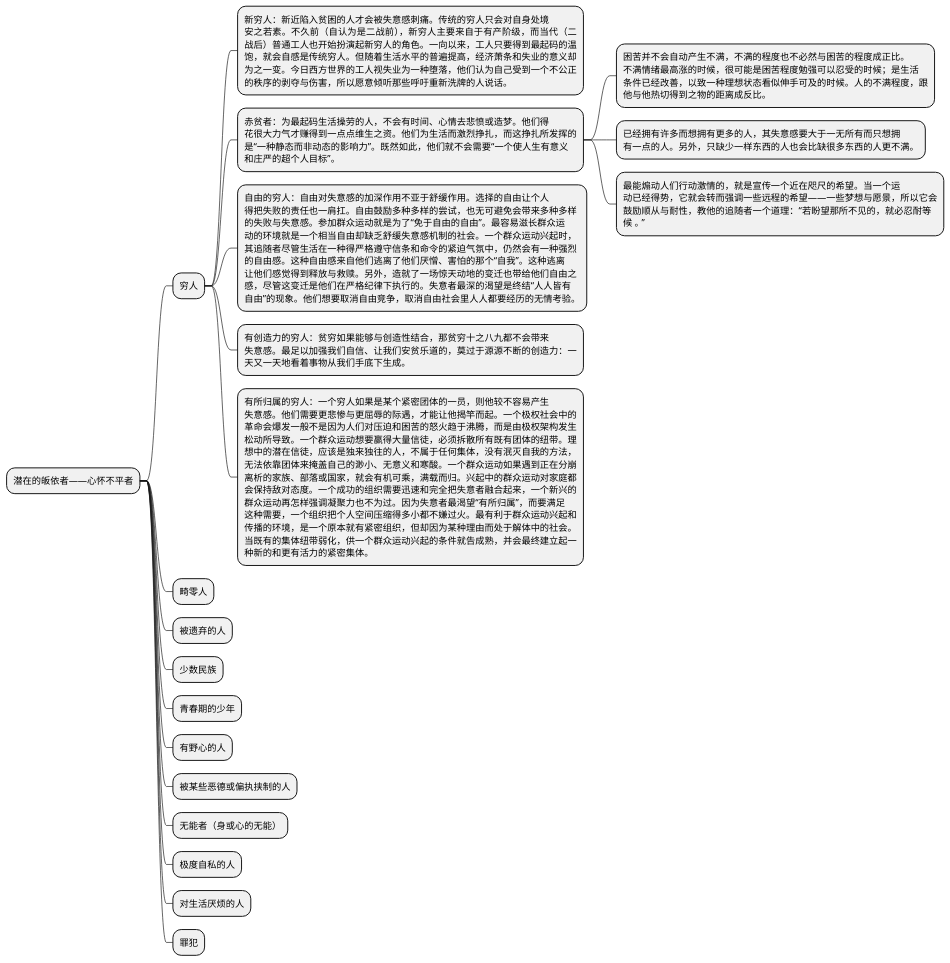
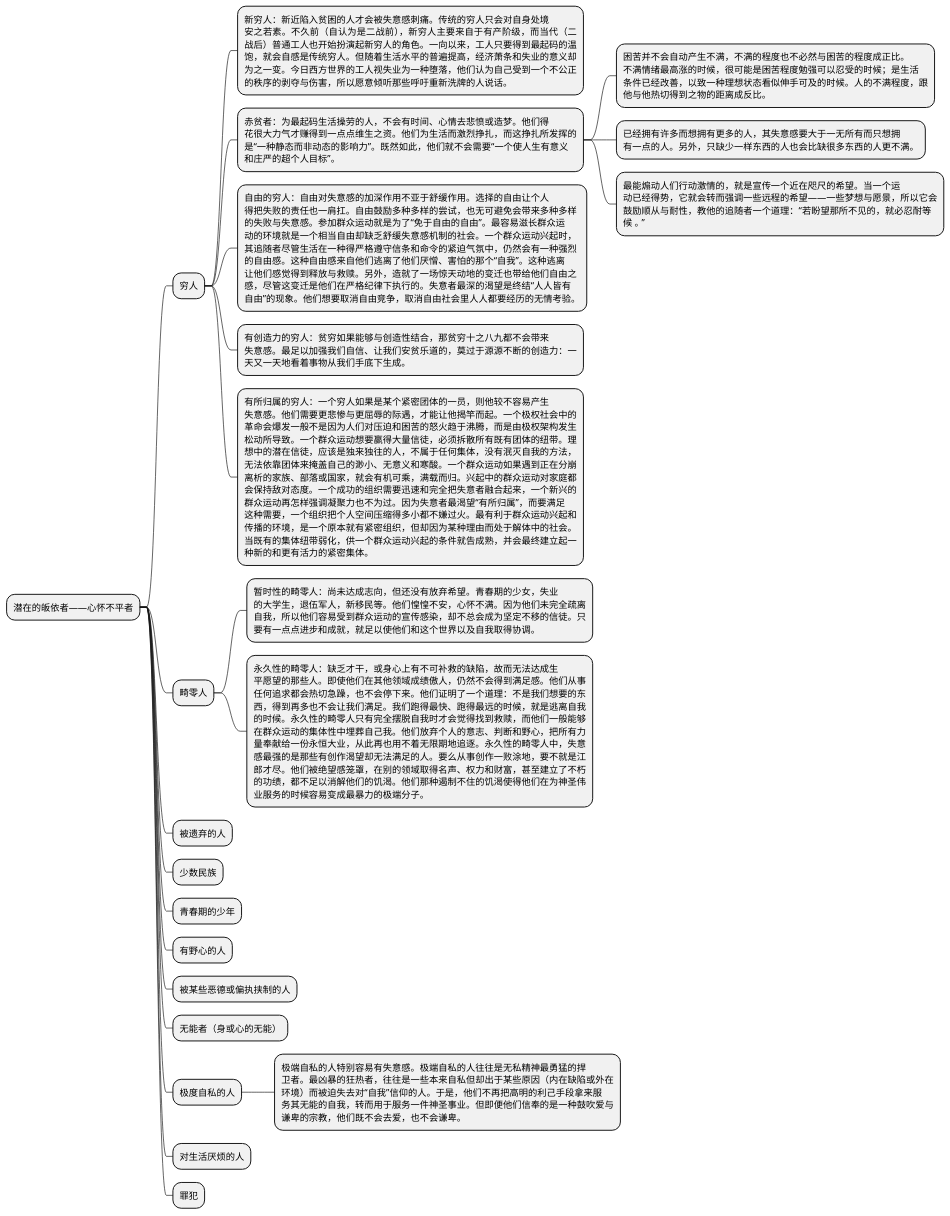
One commit to SamaelChen/reading_notebook changed the second of 2 diagrams in 社会心理/狂热分子.md. Above: the diagram before and after it, drawn with PlantUML.

````diff
--- a/社会心理/狂热分子.md
+++ b/社会心理/狂热分子.md
@@ -51,24 +51,27 @@
 ```puml
 @startmindmap
 * 潜在的皈依者——心怀不平者
 	** 穷人
 		*** 新穷人：新近陷入贫困的人才会被失意感刺痛。传统的穷人只会对自身处境\n安之若素。不久前（自认为是二战前），新穷人主要来自于有产阶级，而当代（二\n战后）普通工人也开始扮演起新穷人的角色。一向以来，工人只要得到最起码的温\n饱，就会自感是传统穷人。但随着生活水平的普遍提高，经济萧条和失业的意义却\n为之一变。今日西方世界的工人视失业为一种堕落，他们认为自己受到一个不公正\n的秩序的剥夺与伤害，所以愿意倾听那些呼吁重新洗牌的人说话。
 		*** 赤贫者：为最起码生活操劳的人，不会有时间、心情去悲愤或造梦。他们得\n花很大力气才赚得到一点点维生之资。他们为生活而激烈挣扎，而这挣扎所发挥的\n是“一种静态而非动态的影响力”。既然如此，他们就不会需要“一个使人生有意义\n和庄严的超个人目标”。
 			**** 困苦并不会自动产生不满，不满的程度也不必然与困苦的程度成正比。\n不满情绪最高涨的时候，很可能是困苦程度勉强可以忍受的时候；是生活\n条件已经改善，以致一种理想状态看似伸手可及的时候。人的不满程度，跟\n他与他热切得到之物的距离成反比。
 			**** 已经拥有许多而想拥有更多的人，其失意感要大于一无所有而只想拥\n有一点的人。另外，只缺少一样东西的人也会比缺很多东西的人更不满。
 			**** 最能煽动人们行动激情的，就是宣传一个近在咫尺的希望。当一个运\n动已经得势，它就会转而强调一些远程的希望——一些梦想与愿景，所以它会\n鼓励顺从与耐性，教他的追随者一个道理：“若盼望那所不见的，就必忍耐等\n候。”
 		*** 自由的穷人：自由对失意感的加深作用不亚于舒缓作用。选择的自由让个人\n得把失败的责任也一肩扛。自由鼓励多种多样的尝试，也无可避免会带来多种多样\n的失败与失意感。参加群众运动就是为了“免于自由的自由”。最容易滋长群众运\n动的环境就是一个相当自由却缺乏舒缓失意感机制的社会。一个群众运动兴起时，\n其追随者尽管生活在一种得严格遵守信条和命令的紧迫气氛中，仍然会有一种强烈\n的自由感。这种自由感来自他们逃离了他们厌憎、害怕的那个“自我”。这种逃离\n让他们感觉得到释放与救赎。另外，造就了一场惊天动地的变迁也带给他们自由之\n感，尽管这变迁是他们在严格纪律下执行的。失意者最深的渴望是终结“人人皆有\n自由”的现象。他们想要取消自由竞争，取消自由社会里人人都要经历的无情考验。
 		*** 有创造力的穷人：贫穷如果能够与创造性结合，那贫穷十之八九都不会带来\n失意感。最足以加强我们自信、让我们安贫乐道的，莫过于源源不断的创造力：一\n天又一天地看着事物从我们手底下生成。
 		*** 有所归属的穷人：一个穷人如果是某个紧密团体的一员，则他较不容易产生\n失意感。他们需要更悲惨与更屈辱的际遇，才能让他揭竿而起。一个极权社会中的\n革命会爆发一般不是因为人们对压迫和困苦的怒火趋于沸腾，而是由极权架构发生\n松动所导致。一个群众运动想要赢得大量信徒，必须拆散所有既有团体的纽带。理\n想中的潜在信徒，应该是独来独往的人，不属于任何集体，没有泯灭自我的方法，\n无法依靠团体来掩盖自己的渺小、无意义和寒酸。一个群众运动如果遇到正在分崩\n离析的家族、部落或国家，就会有机可乘，满载而归。兴起中的群众运动对家庭都\n会保持敌对态度。一个成功的组织需要迅速和完全把失意者融合起来，一个新兴的\n群众运动再怎样强调凝聚力也不为过。因为失意者最渴望“有所归属”，而要满足\n这种需要，一个组织把个人空间压缩得多小都不嫌过火。最有利于群众运动兴起和\n传播的环境，是一个原本就有紧密组织，但却因为某种理由而处于解体中的社会。\n当既有的集体纽带弱化，供一个群众运动兴起的条件就告成熟，并会最终建立起一\n种新的和更有活力的紧密集体。
 	** 畸零人
+		*** 暂时性的畸零人：尚未达成志向，但还没有放弃希望。青春期的少女，失业\n的大学生，退伍军人，新移民等。他们惶惶不安，心怀不满。因为他们未完全疏离\n自我，所以他们容易受到群众运动的宣传感染，却不总会成为坚定不移的信徒。只\n要有一点点进步和成就，就足以使他们和这个世界以及自我取得协调。
+		*** 永久性的畸零人：缺乏才干，或身心上有不可补救的缺陷，故而无法达成生\n平愿望的那些人。即使他们在其他领域成绩傲人，仍然不会得到满足感。他们从事\n任何追求都会热切急躁，也不会停下来。他们证明了一个道理：不是我们想要的东\n西，得到再多也不会让我们满足。我们跑得最快、跑得最远的时候，就是逃离自我\n的时候。永久性的畸零人只有完全摆脱自我时才会觉得找到救赎，而他们一般能够\n在群众运动的集体性中埋葬自己我。他们放弃个人的意志、判断和野心，把所有力\n量奉献给一份永恒大业，从此再也用不着无限期地追逐。永久性的畸零人中，失意\n感最强的是那些有创作渴望却无法满足的人。要么从事创作一败涂地，要不就是江\n郎才尽。他们被绝望感笼罩，在别的领域取得名声、权力和财富，甚至建立了不朽\n的功绩，都不足以消解他们的饥渴。他们那种遏制不住的饥渴使得他们在为神圣伟\n业服务的时候容易变成最暴力的极端分子。
 	** 被遗弃的人
 	** 少数民族
 	** 青春期的少年
 	** 有野心的人
 	** 被某些恶德或偏执挟制的人
 	** 无能者（身或心的无能）
 	** 极度自私的人
+		*** 极端自私的人特别容易有失意感。极端自私的人往往是无私精神最勇猛的捍\n卫者。最凶暴的狂热者，往往是一些本来自私但却出于某些原因（内在缺陷或外在\n环境）而被迫失去对“自我”信仰的人。于是，他们不再把高明的利己手段拿来服\n务其无能的自我，转而用于服务一件神圣事业。但即便他们信奉的是一种鼓吹爱与\n谦卑的宗教，他们既不会去爱，也不会谦卑。
 	** 对生活厌烦的人
 	** 罪犯
 @endmindmap
 ```
````
